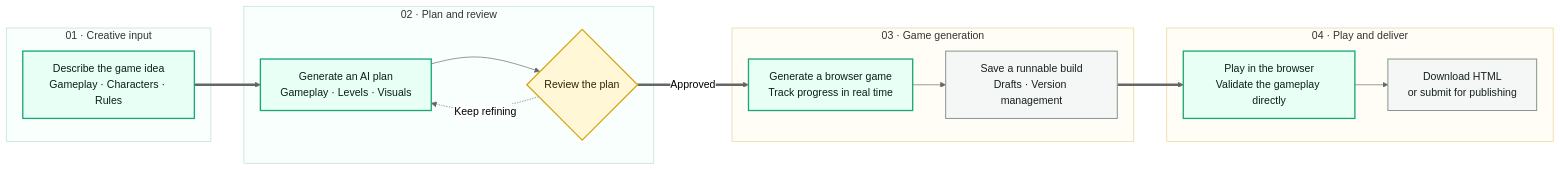
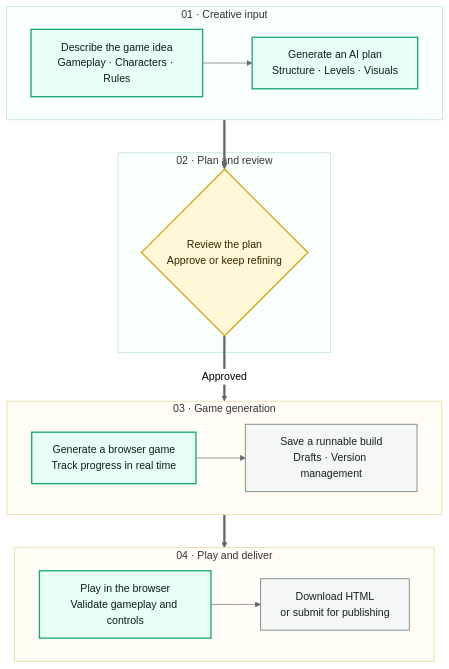
One commit to ByteTitan-star/GameForge-Copilot changed the diagram in README.en.md. Above: the diagram before and after it, drawn with Mermaid (neutral theme). The commit also changed other lines of this file and 1 other file, not shown here.

````diff
--- a/README.en.md
+++ b/README.en.md
@@ -27,40 +27,40 @@
 ```mermaid
-flowchart LR
+flowchart TB
     subgraph S1["01 · Creative input"]
-        A["Describe the game idea<br/>Gameplay · Characters · Rules"]
+        direction LR
+        A["Describe the game idea<br/>Gameplay · Characters · Rules"] --> B["Generate an AI plan<br/>Structure · Levels · Visuals"]
     end
 
     subgraph S2["02 · Plan and review"]
-        B["Generate an AI plan<br/>Gameplay · Levels · Visuals"]
-        C{"Review the plan"}
-        B --> C
-        C -.->|Keep refining| B
+        C{"Review the plan<br/>Approve or keep refining"}
     end
 
     subgraph S3["03 · Game generation"]
+        direction LR
         D["Generate a browser game<br/>Track progress in real time"]
         E["Save a runnable build<br/>Drafts · Version management"]
         D --> E
     end
 
     subgraph S4["04 · Play and deliver"]
-        F["Play in the browser<br/>Validate the gameplay directly"]
+        direction LR
+        F["Play in the browser<br/>Validate gameplay and controls"]
         G["Download HTML<br/>or submit for publishing"]
         F --> G
     end
 
-    A ==> B
+    B ==> C
     C ==>|Approved| D
     E ==> F
 
     classDef primary fill:#e8fff6,stroke:#18a875,stroke-width:2px,color:#092018
     classDef decision fill:#fff7d6,stroke:#d7a719,stroke-width:2px,color:#332600
     classDef output fill:#f4f7f6,stroke:#83958f,stroke-width:1.5px,color:#17211e
     class A,B,D,F primary
     class C decision
     class E,G output
     style S1 fill:#f8fffc,stroke:#b7ded0,stroke-width:1px
     style S2 fill:#f8fffc,stroke:#b7ded0,stroke-width:1px
     style S3 fill:#fffdf5,stroke:#e6d28d,stroke-width:1px
     style S4 fill:#fffdf5,stroke:#e6d28d,stroke-width:1px
 ```
````
